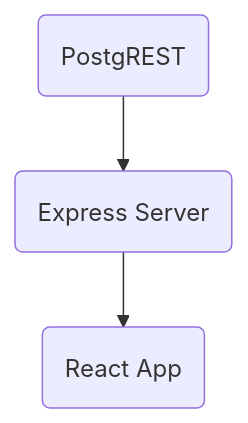
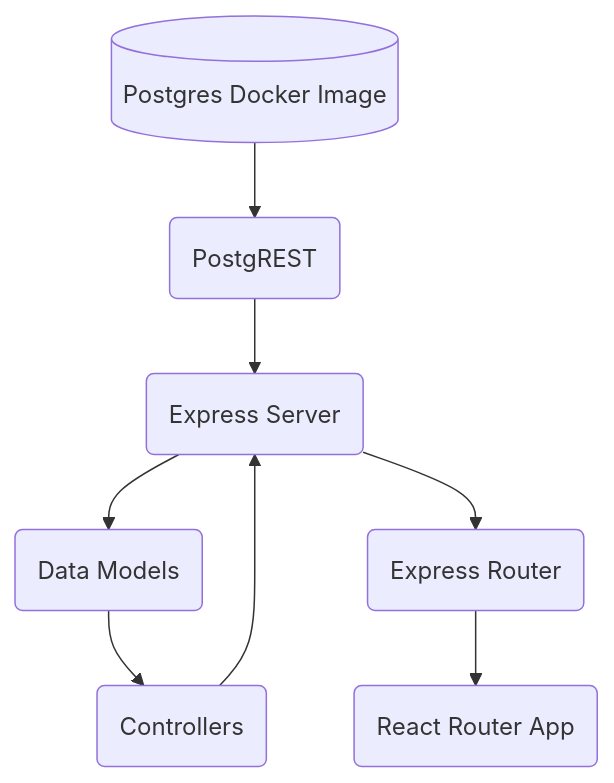
Before and after one commit to olivermarkey/fullstack-assessment: the diagram in README.md, drawn with Mermaid. The commit also changed other lines of this file and 13 other files, not shown here.

````diff
--- a/README.md
+++ b/README.md
@@ -30,5 +34,10 @@
 ```mermaid
 flowchart TD
-    A(PostgREST) --> B(Express Server)
-    B --> C(React App)
+    A[(Postgres Docker Image)] --> B(PostgREST)
+    B --> C(Express Server)
+    C --> D(Data Models)
+    D --> E(Controllers)
+    E --> C
+    C --> F(Express Router)
+    F --> G(React Router App)
 ```
````
